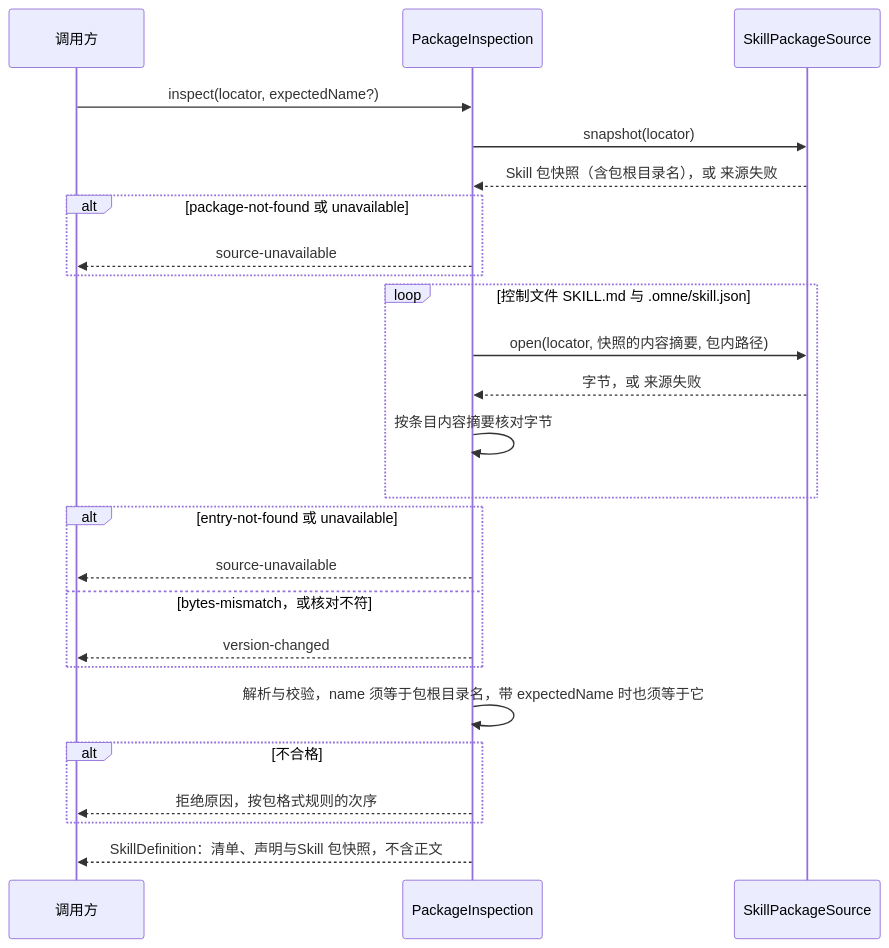
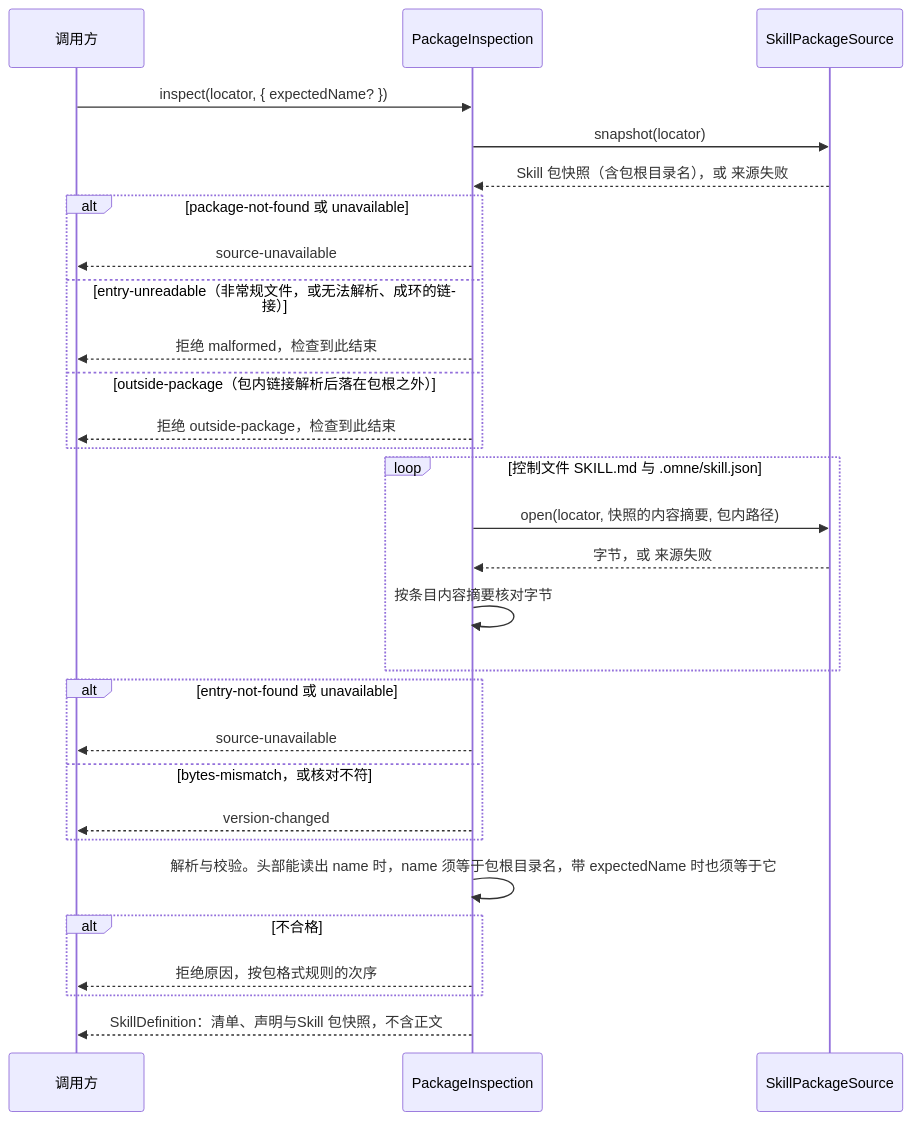
Before and after one commit to nemori-ai/omne-harness-lite: the first of 4 diagrams in packages/skills/docs/key-flows.md, drawn with Mermaid. The commit also changed other lines of this file and 2 other files, not shown here.

````diff
--- a/packages/skills/docs/key-flows.md
+++ b/packages/skills/docs/key-flows.md
@@ -9,27 +9,31 @@
 ```mermaid
 sequenceDiagram
   participant C as 调用方
   participant I as PackageInspection
   participant S as SkillPackageSource
-  C->>I: inspect(locator, expectedName?)
+  C->>I: inspect(locator, { expectedName? })
   I->>S: snapshot(locator)
   S-->>I: Skill 包快照（含包根目录名），或 来源失败
   alt package-not-found 或 unavailable
     I-->>C: source-unavailable
+  else entry-unreadable（非常规文件，或无法解析、成环的链接）
+    I-->>C: 拒绝 malformed，检查到此结束
+  else outside-package（包内链接解析后落在包根之外）
+    I-->>C: 拒绝 outside-package，检查到此结束
   end
   loop 控制文件 SKILL.md 与 .omne/skill.json
     I->>S: open(locator, 快照的内容摘要, 包内路径)
     S-->>I: 字节，或 来源失败
     I->>I: 按条目内容摘要核对字节
   end
   alt entry-not-found 或 unavailable
     I-->>C: source-unavailable
   else bytes-mismatch，或核对不符
     I-->>C: version-changed
   end
-  I->>I: 解析与校验，name 须等于包根目录名，带 expectedName 时也须等于它
+  I->>I: 解析与校验。头部能读出 name 时，name 须等于包根目录名，带 expectedName 时也须等于它
   alt 不合格
     I-->>C: 拒绝原因，按包格式规则的次序
   end
   I-->>C: SkillDefinition：清单、声明与Skill 包快照，不含正文
 ```
````
